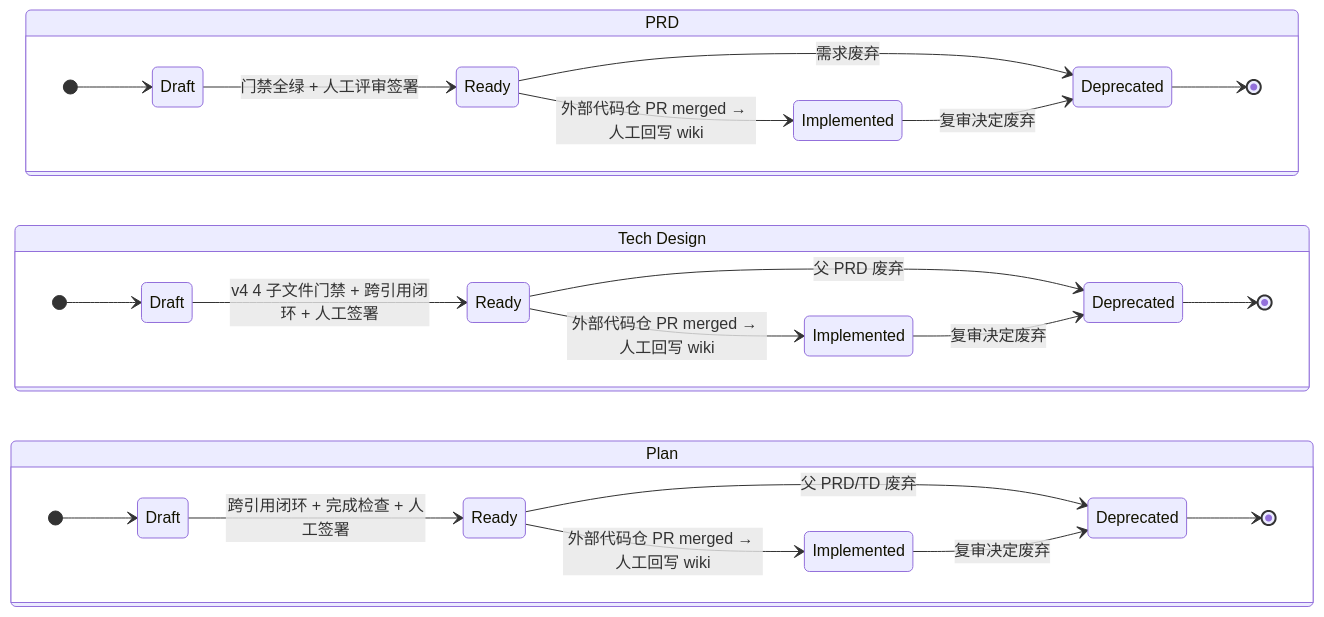
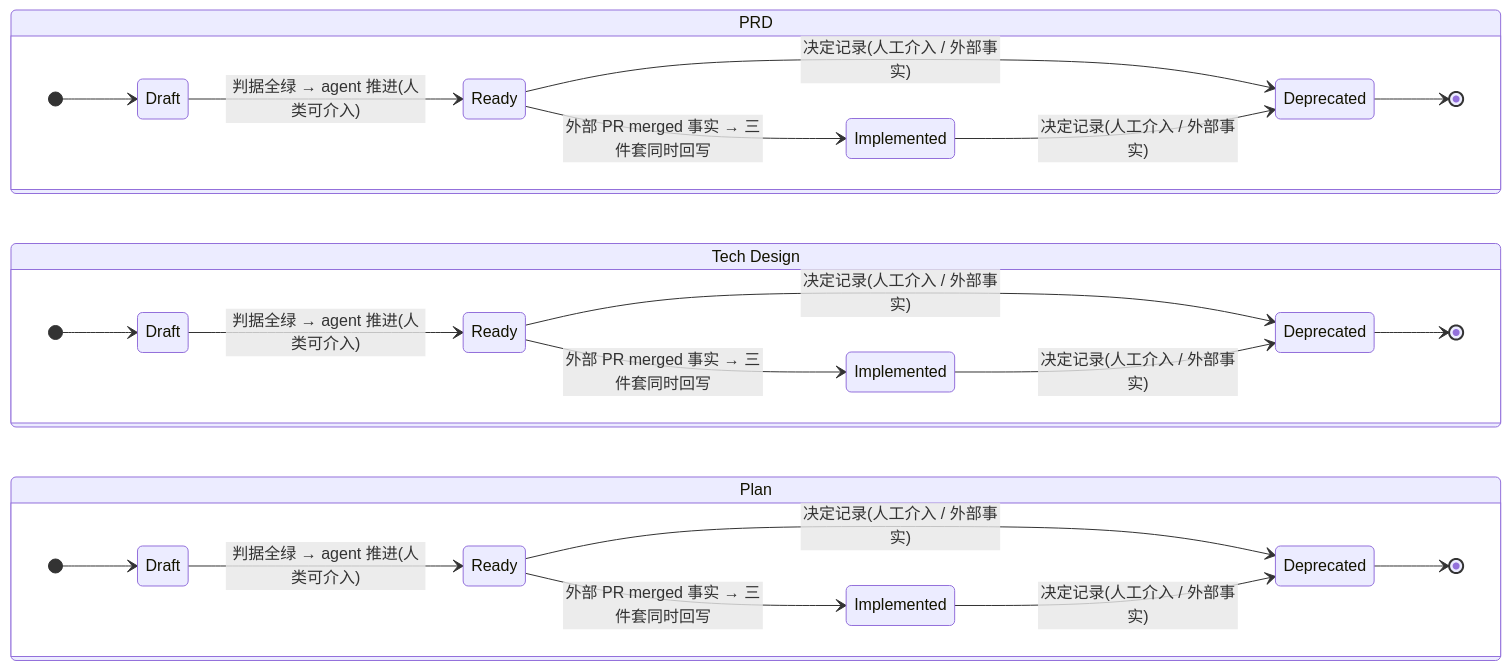
One commit to vanpipy/SSD-Template changed the first of 3 diagrams in HOW_TO_USE.md. Above: the diagram before and after it, drawn with Mermaid. The commit also changed other lines of this file and 68 other files, not shown here.

````diff
--- a/HOW_TO_USE.md
+++ b/HOW_TO_USE.md
@@ -76,49 +81,49 @@
 ```mermaid
 stateDiagram-v2
     direction LR
 
     state "PRD" as prd {
         direction LR
         state "Draft" as p_d
         state "Ready" as p_r
         state "Implemented" as p_i
         state "Deprecated" as p_x
 
         [*] --> p_d
-        p_d --> p_r: 门禁全绿 + 人工评审签署
-        p_r --> p_i: 外部代码仓 PR merged → 人工回写 wiki
-        p_r --> p_x: 需求废弃
-        p_i --> p_x: 复审决定废弃
+        p_d --> p_r: 判据全绿 → agent 推进(人类可介入)
+        p_r --> p_i: 外部 PR merged 事实 → 三件套同时回写
+        p_r --> p_x: 决定记录(人工介入 / 外部事实)
+        p_i --> p_x: 决定记录(人工介入 / 外部事实)
         p_x --> [*]
     }
 
     state "Tech Design" as td {
         direction LR
         state "Draft" as t_d
         state "Ready" as t_r
         state "Implemented" as t_i
         state "Deprecated" as t_x
 
         [*] --> t_d
-        t_d --> t_r: v4 4 子文件门禁 + 跨引用闭环 + 人工签署
-        t_r --> t_i: 外部代码仓 PR merged → 人工回写 wiki
-        t_r --> t_x: 父 PRD 废弃
-        t_i --> t_x: 复审决定废弃
+        t_d --> t_r: 判据全绿 → agent 推进(人类可介入)
+        t_r --> t_i: 外部 PR merged 事实 → 三件套同时回写
+        t_r --> t_x: 决定记录(人工介入 / 外部事实)
+        t_i --> t_x: 决定记录(人工介入 / 外部事实)
         t_x --> [*]
     }
 
     state "Plan" as pl {
         direction LR
         state "Draft" as pl_d
         state "Ready" as pl_r
         state "Implemented" as pl_i
         state "Deprecated" as pl_x
 
         [*] --> pl_d
-        pl_d --> pl_r: 跨引用闭环 + 完成检查 + 人工签署
-        pl_r --> pl_i: 外部代码仓 PR merged → 人工回写 wiki
-        pl_r --> pl_x: 父 PRD/TD 废弃
-        pl_i --> pl_x: 复审决定废弃
+        pl_d --> pl_r: 判据全绿 → agent 推进(人类可介入)
+        pl_r --> pl_i: 外部 PR merged 事实 → 三件套同时回写
+        pl_r --> pl_x: 决定记录(人工介入 / 外部事实)
+        pl_i --> pl_x: 决定记录(人工介入 / 外部事实)
         pl_x --> [*]
     }
 ```
````
